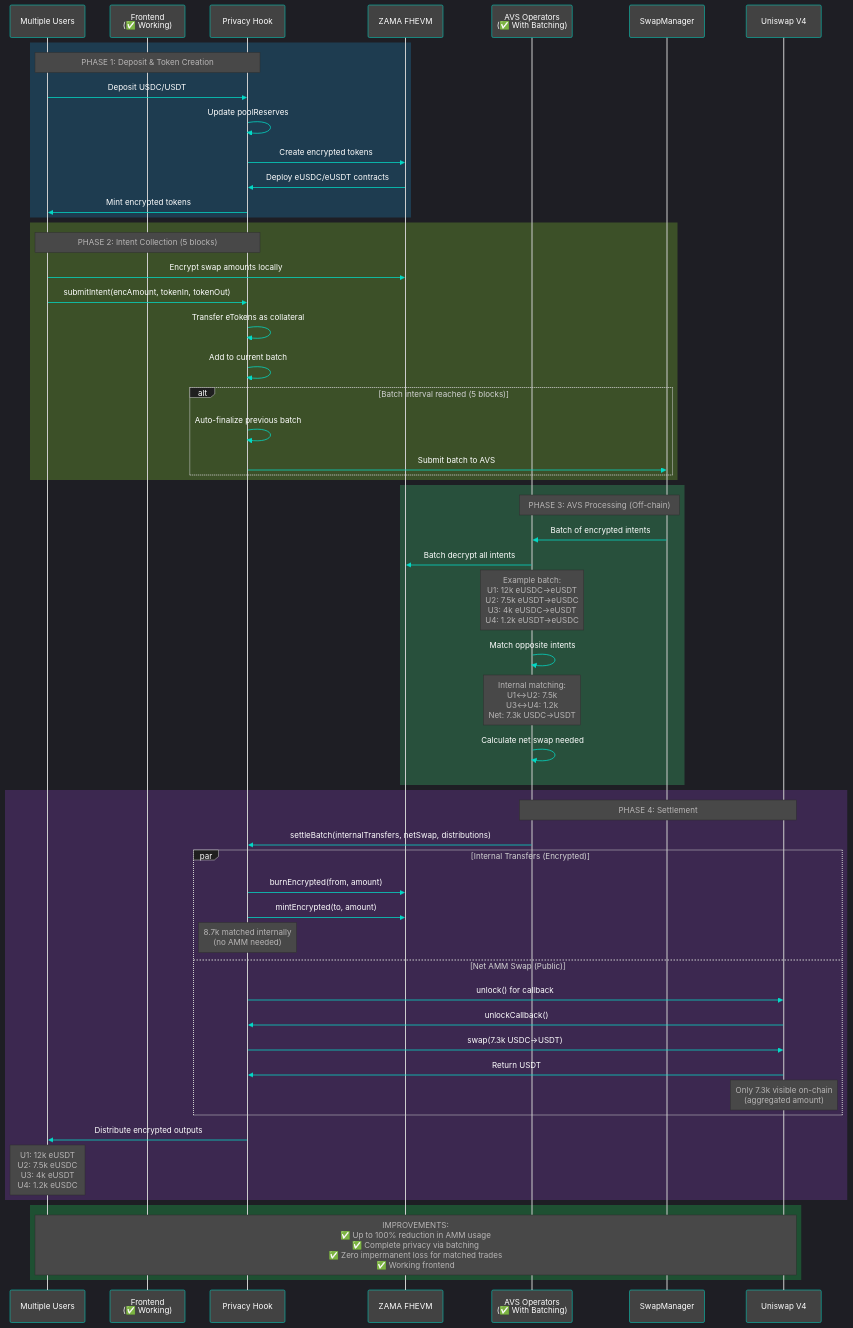
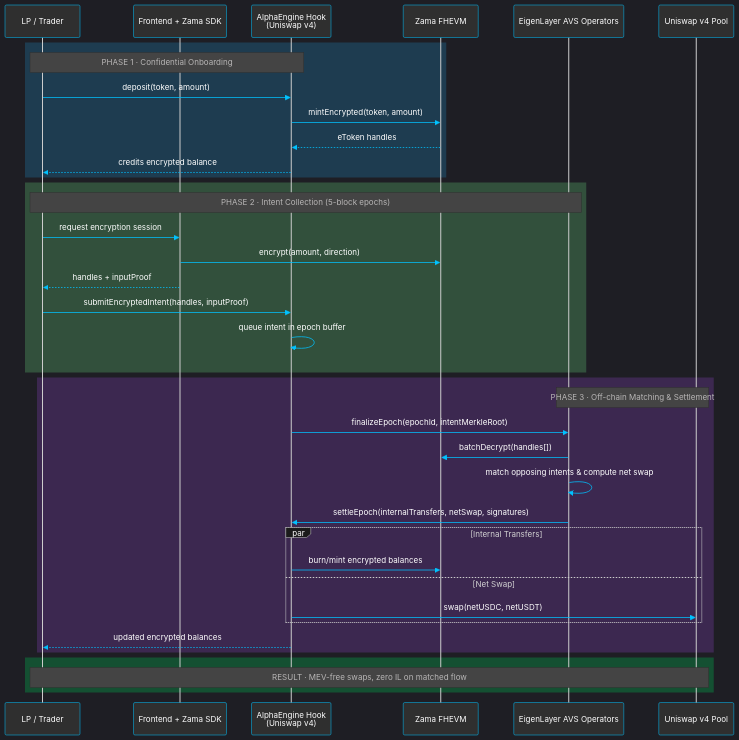
Before and after one commit to Nilay27/UNIVersalPrivacyHook: the first of 2 diagrams in README.md, drawn with Mermaid. The commit also changed other lines of this file, not shown here.

````diff
--- a/README.md
+++ b/README.md
@@ -87,70 +79,45 @@
 ```mermaid
-%%{init: {'theme':'dark', 'themeVariables': { 'primaryColor':'#03dac6', 'primaryTextColor':'#fff', 'primaryBorderColor':'#00a896', 'lineColor':'#03dac6', 'secondaryColor':'#bb86fc', 'tertiaryColor':'#3700b3', 'background':'#121212', 'mainBkg':'#1f1f1f', 'secondBkg':'#2d2d2d', 'tertiaryBkg':'#3d3d3d', 'textColor':'#ffffff', 'labelBackground':'#2d2d2d', 'labelTextColor':'#ffffff', 'actorBkg':'#424242', 'actorBorder':'#03dac6', 'actorTextColor':'#fff', 'signalColor':'#03dac6', 'signalTextColor':'#fff'}}}%%
+%%{init: {'theme':'dark', 'themeVariables': { 'primaryColor':'#00c2ff', 'primaryTextColor':'#fff', 'primaryBorderColor':'#00a7d7', 'lineColor':'#00c2ff', 'secondaryColor':'#ff6b6b', 'tertiaryColor':'#3700b3', 'background':'#111', 'mainBkg':'#1b1b1b', 'secondBkg':'#242424', 'labelBackground':'#242424', 'labelTextColor':'#fff', 'actorBkg':'#2f2f2f', 'actorBorder':'#00c2ff', 'actorTextColor':'#fff', 'signalColor':'#00c2ff', 'signalTextColor':'#fff'}}}%%
 sequenceDiagram
-    participant Users as Multiple Users
-    participant Frontend as Frontend<br/>(✅ Working)
-    participant Hook as Privacy Hook
-    participant ZAMA as ZAMA FHEVM
-    participant AVS as AVS Operators<br/>(✅ With Batching)
-    participant SwapManager
-    participant Pool as Uniswap V4
+    participant User as LP / Trader
+    participant Frontend as Frontend + Zama SDK
+    participant Hook as AlphaEngine Hook<br/>(Uniswap v4)
+    participant FHE as Zama FHEVM
+    participant AVS as EigenLayer AVS Operators
+    participant Pool as Uniswap v4 Pool
 
-    rect rgb(30, 60, 80)
-        Note over Users,Hook: PHASE 1: Deposit & Token Creation
-        Users->>Hook: Deposit USDC/USDT
-        Hook->>Hook: Update poolReserves
-        Hook->>ZAMA: Create encrypted tokens
-        ZAMA->>Hook: Deploy eUSDC/eUSDT contracts
-        Hook->>Users: Mint encrypted tokens
+    rect rgb(30,60,80)
+        Note over User,Hook: PHASE 1 · Confidential Onboarding
+        User->>Hook: deposit(token, amount)
+        Hook->>FHE: mintEncrypted(token, amount)
+        FHE-->>Hook: eToken handles
+        Hook-->>User: credits encrypted balance
     end
 
-    rect rgb(60, 80, 40)
-        Note over Users,Hook: PHASE 2: Intent Collection (5 blocks)
-        Users->>ZAMA: Encrypt swap amounts locally
-        Users->>Hook: submitIntent(encAmount, tokenIn, tokenOut)
-        Hook->>Hook: Transfer eTokens as collateral
-        Hook->>Hook: Add to current batch
-
-        alt Batch interval reached (5 blocks)
-            Hook->>Hook: Auto-finalize previous batch
-            Hook->>SwapManager: Submit batch to AVS
-        end
+    rect rgb(50,80,60)
+        Note over User,AVS: PHASE 2 · Intent Collection (5-block epochs)
+        User->>Frontend: request encryption session
+        Frontend->>FHE: encrypt(amount, direction)
+        Frontend-->>User: handles + inputProof
+        User->>Hook: submitEncryptedIntent(handles, inputProof)
+        Hook->>Hook: queue intent in epoch buffer
     end
 
-    rect rgb(40, 80, 60)
-        Note over AVS,SwapManager: PHASE 3: AVS Processing (Off-chain)
-        SwapManager->>AVS: Batch of encrypted intents
-
-        AVS->>ZAMA: Batch decrypt all intents
-        Note over AVS: Example batch:<br/>U1: 12k eUSDC→eUSDT<br/>U2: 7.5k eUSDT→eUSDC<br/>U3: 4k eUSDC→eUSDT<br/>U4: 1.2k eUSDT→eUSDC
-
-        AVS->>AVS: Match opposite intents
-        Note over AVS: Internal matching:<br/>U1↔U2: 7.5k<br/>U3↔U4: 1.2k<br/>Net: 7.3k USDC→USDT
-
-        AVS->>AVS: Calculate net swap needed
+    rect rgb(60,40,80)
+        Note over AVS,Pool: PHASE 3 · Off-chain Matching & Settlement
+        Hook->>AVS: finalizeEpoch(epochId, intentMerkleRoot)
+        AVS->>FHE: batchDecrypt(handles[])
+        AVS->>AVS: match opposing intents & compute net swap
+        AVS->>Hook: settleEpoch(internalTransfers, netSwap, signatures)
+        par Internal Transfers
+            Hook->>FHE: burn/mint encrypted balances
+        and Net Swap
+            Hook->>Pool: swap(netUSDC, netUSDT)
+        end
+        Hook-->>User: updated encrypted balances
     end
 
-    rect rgb(60, 40, 80)
-        Note over AVS,Pool: PHASE 4: Settlement
-        AVS->>Hook: settleBatch(internalTransfers, netSwap, distributions)
-
-        par Internal Transfers (Encrypted)
-            Hook->>ZAMA: burnEncrypted(from, amount)
-            Hook->>ZAMA: mintEncrypted(to, amount)
-            Note over Hook: 8.7k matched internally<br/>(no AMM needed)
-        and Net AMM Swap (Public)
-            Hook->>Pool: unlock() for callback
-            Pool->>Hook: unlockCallback()
-            Hook->>Pool: swap(7.3k USDC→USDT)
-            Pool->>Hook: Return USDT
-            Note over Pool: Only 7.3k visible on-chain<br/>(aggregated amount)
-        end
-
-        Hook->>Users: Distribute encrypted outputs
-        Note over Users: U1: 12k eUSDT<br/>U2: 7.5k eUSDC<br/>U3: 4k eUSDT<br/>U4: 1.2k eUSDC
-    end
-
-    rect rgb(30, 80, 50)
-        Note over Users,Pool: IMPROVEMENTS:<br/>✅ Up to 100% reduction in AMM usage<br/>✅ Complete privacy via batching<br/>✅ Zero impermanent loss for matched trades<br/>✅ Working frontend
+    rect rgb(20,80,50)
+        Note over User,Pool: RESULT · MEV-free swaps, zero IL on matched flow
     end
 ```
````
